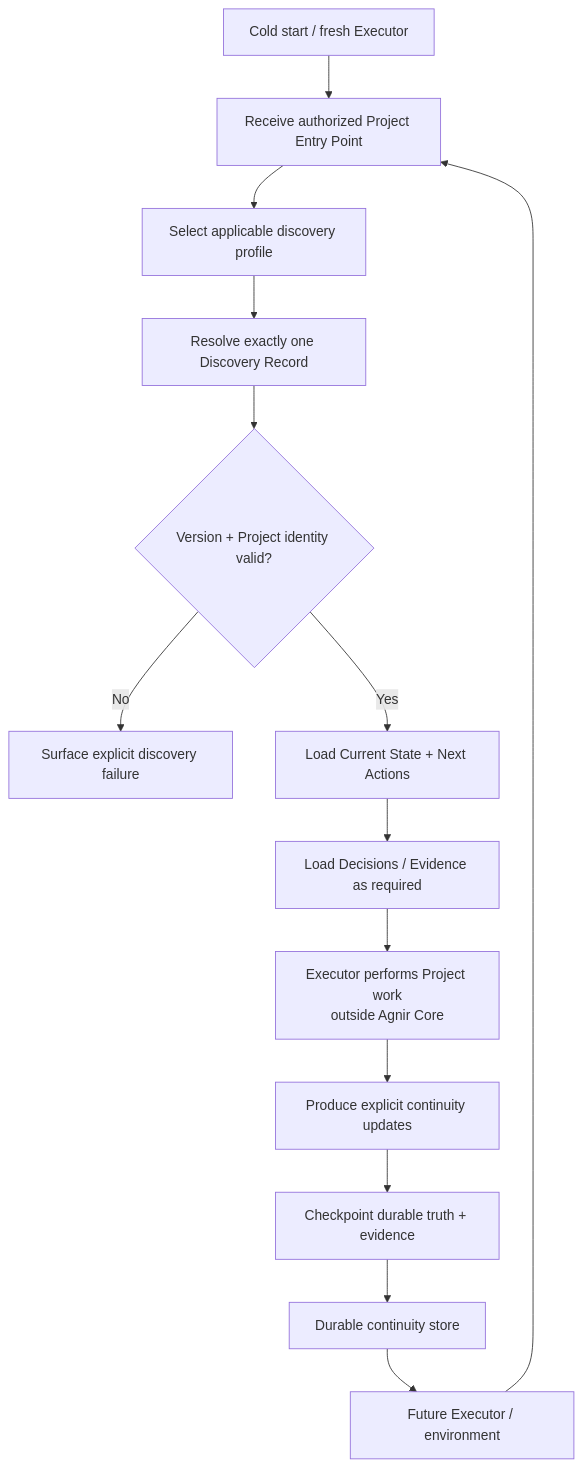
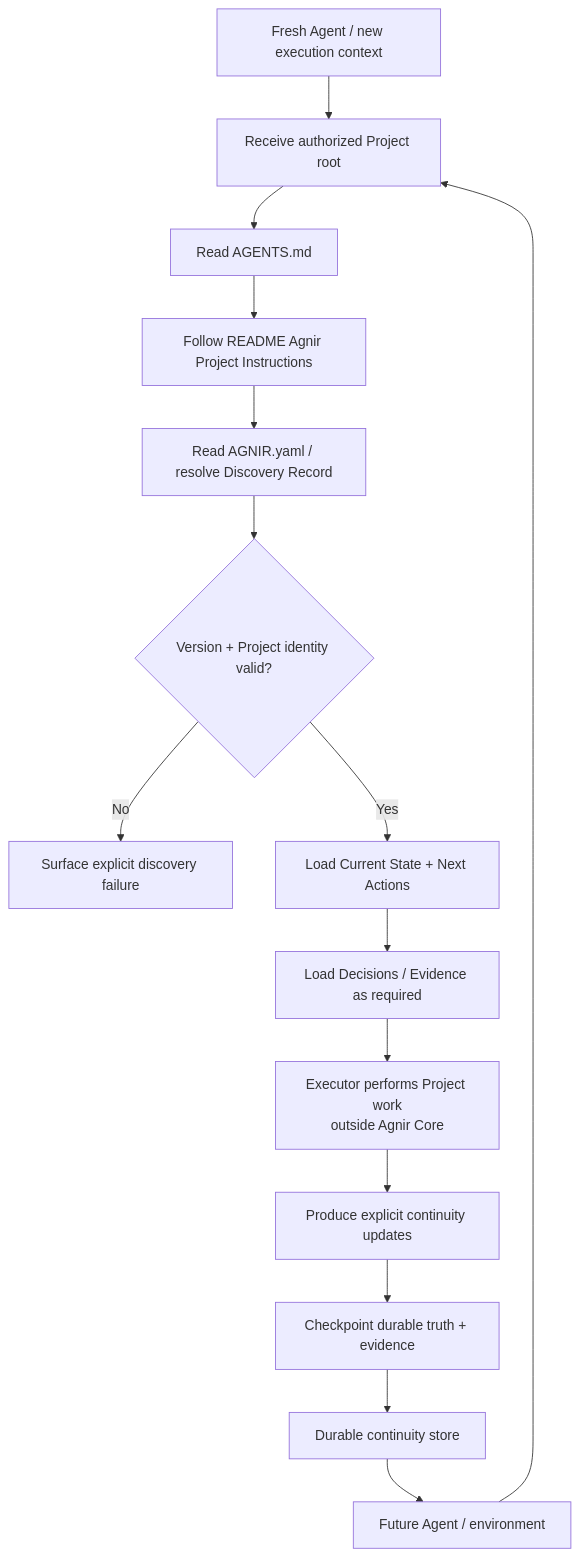
One commit to iorLab/agnir changed the second of 2 diagrams in README.md. Above: the diagram before and after it, drawn with Mermaid. The commit also changed other lines of this file, not shown here.

Commit message:
docs: make Agnir initialization persist agent activation

````diff
--- a/README.md
+++ b/README.md
@@ -95,16 +122,17 @@
 ```mermaid
 flowchart TD
-    C[Cold start / fresh Executor] --> P[Receive authorized Project Entry Point]
-    P --> D[Select applicable discovery profile]
-    D --> R[Resolve exactly one Discovery Record]
+    C[Fresh Agent / new execution context] --> P[Receive authorized Project root]
+    P --> A[Read AGENTS.md]
+    A --> I[Follow README Agnir Project Instructions]
+    I --> R[Read AGNIR.yaml / resolve Discovery Record]
     R --> V{Version + Project identity valid?}
     V -- No --> F[Surface explicit discovery failure]
     V -- Yes --> L[Load Current State + Next Actions]
     L --> Q[Load Decisions / Evidence as required]
     Q --> W[Executor performs Project work\noutside Agnir Core]
     W --> U[Produce explicit continuity updates]
     U --> K[Checkpoint durable truth + evidence]
     K --> S[Durable continuity store]
-    S --> N[Future Executor / environment]
+    S --> N[Future Agent / environment]
     N --> P
 ```
````
